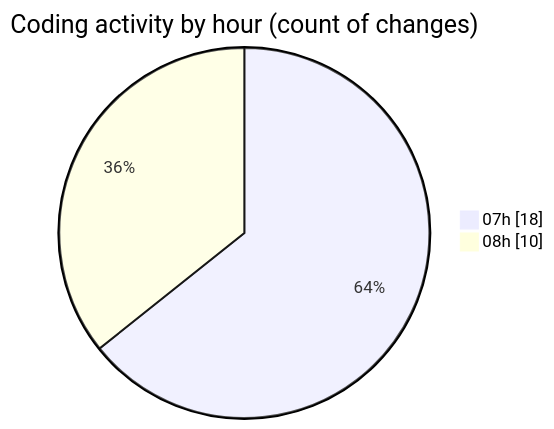
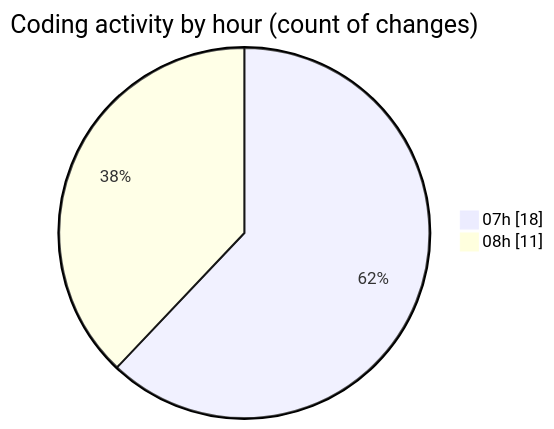
The second of 2 diagrams in 2025-02-03/mbc-web/README.md (robertbonfada/code-tracking), drawn with Mermaid before and after one commit. The commit also changed other lines of this file and 1 other file, not shown here.

````diff
--- a/2025-02-03/mbc-web/README.md
+++ b/2025-02-03/mbc-web/README.md
@@ -34,6 +34,6 @@
 ```mermaid
 pie showData
 title Coding activity by hour (count of changes)
 "07h" : 18
-"08h" : 10
+"08h" : 11
 ```
````
